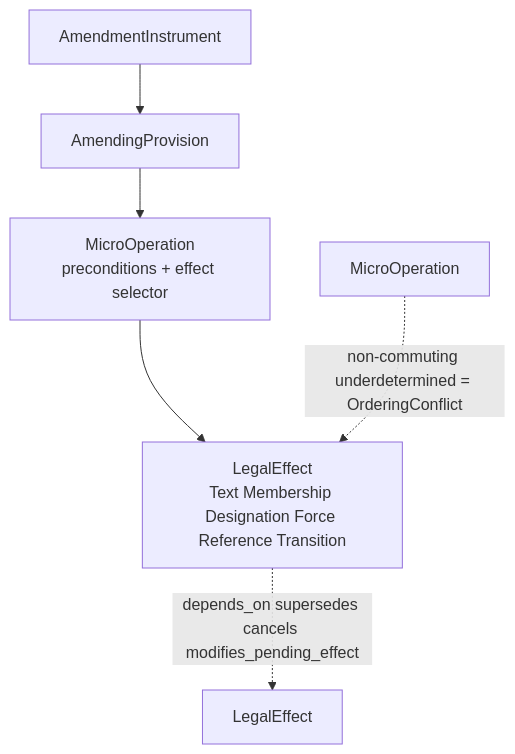
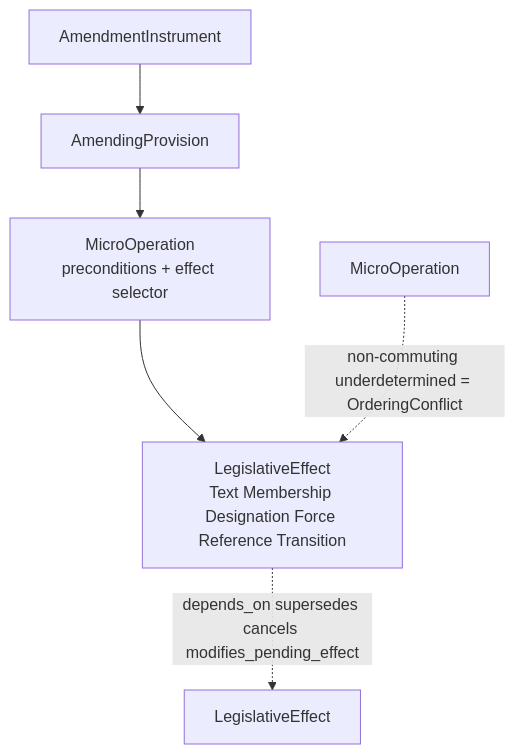
The second of 3 diagrams in prd/architecture/model-crystal.md (rager306/law-nexus), drawn with Mermaid before and after one commit. The commit also changed other lines of this file and 2 other files, not shown here.

First line of the commit message:
feat: MC-DAG mermaid: обе метки LegalEffect → LegislativeEf...

````diff
--- a/prd/architecture/model-crystal.md
+++ b/prd/architecture/model-crystal.md
@@ -177,8 +177,8 @@
 ```mermaid
 flowchart TD
     I["AmendmentInstrument"] --> P["AmendingProvision"]
     P --> M["MicroOperation<br/>preconditions + effect selector"]
-    M --> E["LegalEffect<br/>Text Membership Designation Force Reference Transition"]
-    E -.->|"depends_on supersedes cancels modifies_pending_effect"| E2["LegalEffect"]
+    M --> E["LegislativeEffect<br/>Text Membership Designation Force Reference Transition"]
+    E -.->|"depends_on supersedes cancels modifies_pending_effect"| E2["LegislativeEffect"]
     M2["MicroOperation"] -.->|"non-commuting underdetermined = OrderingConflict"| E
 ```
````
